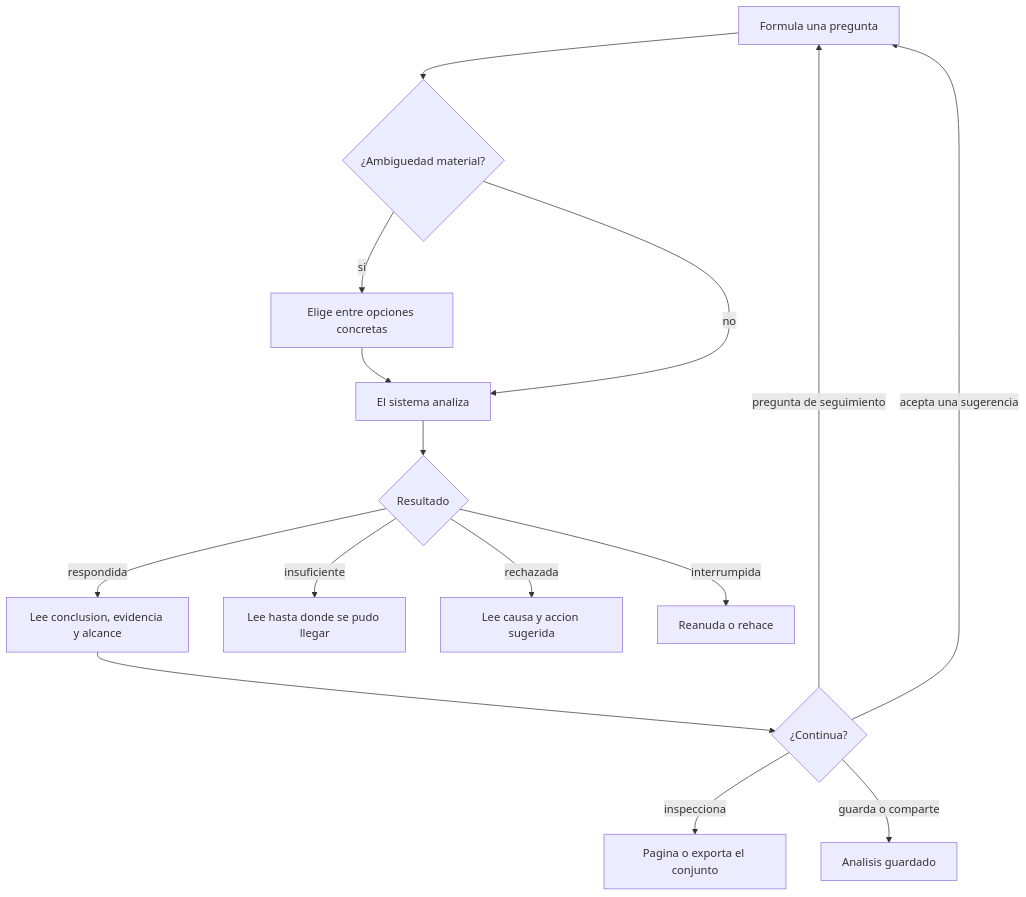
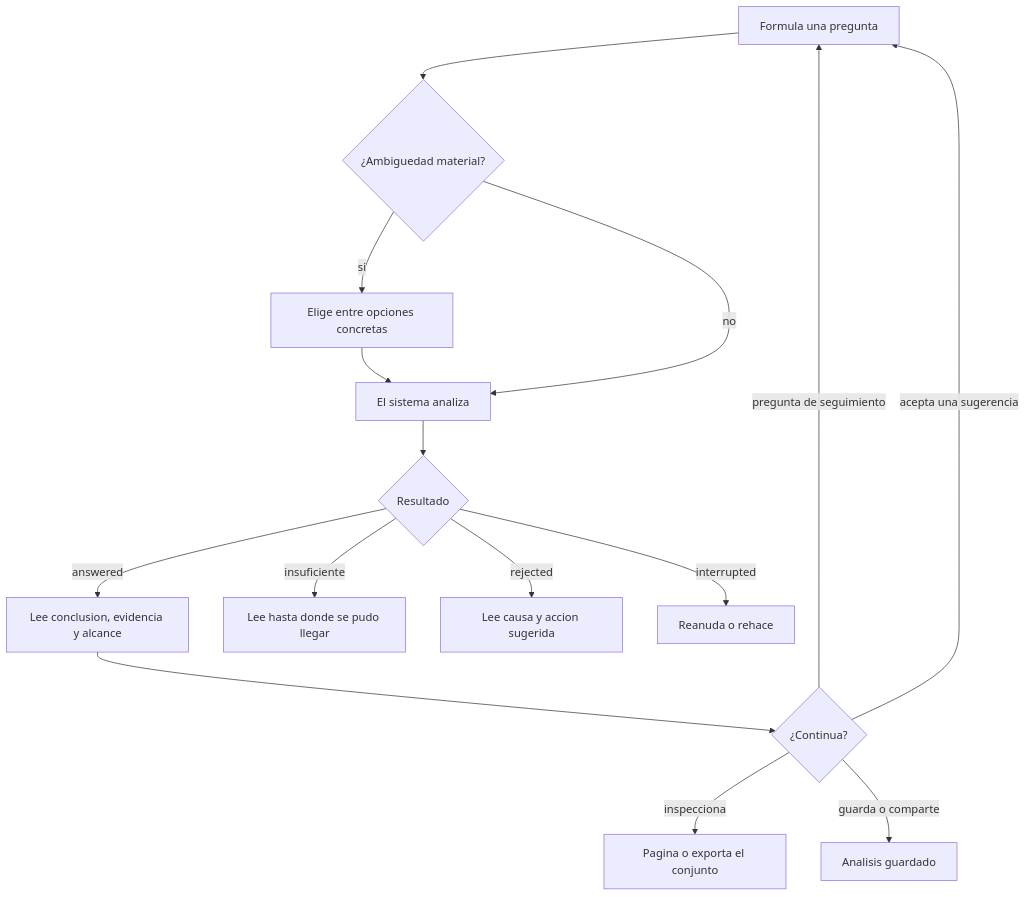
One commit to RamiroAlarconLasagno/querypilot changed the third of 5 diagrams in docs/01_metodo_solucion.md. Above: the diagram before and after it, drawn with Mermaid. The commit also changed other lines of this file and 12 other files, not shown here.

````diff
--- a/docs/01_metodo_solucion.md
+++ b/docs/01_metodo_solucion.md
@@ -260,17 +260,17 @@
 ```mermaid
 flowchart TB
     A[Formula una pregunta] --> B{¿Ambiguedad material?}
     B -->|si| C[Elige entre opciones concretas]
     C --> D
     B -->|no| D[El sistema analiza]
     D --> E{Resultado}
-    E -->|respondida| F[Lee conclusion, evidencia y alcance]
+    E -->|answered| F[Lee conclusion, evidencia y alcance]
     E -->|insuficiente| G[Lee hasta donde se pudo llegar]
-    E -->|rechazada| H[Lee causa y accion sugerida]
-    E -->|interrumpida| I[Reanuda o rehace]
+    E -->|rejected| H[Lee causa y accion sugerida]
+    E -->|interrupted| I[Reanuda o rehace]
     F --> J{¿Continua?}
     J -->|pregunta de seguimiento| A
     J -->|acepta una sugerencia| A
     J -->|inspecciona| K[Pagina o exporta el conjunto]
     J -->|guarda o comparte| L[Analisis guardado]
 ```
````
